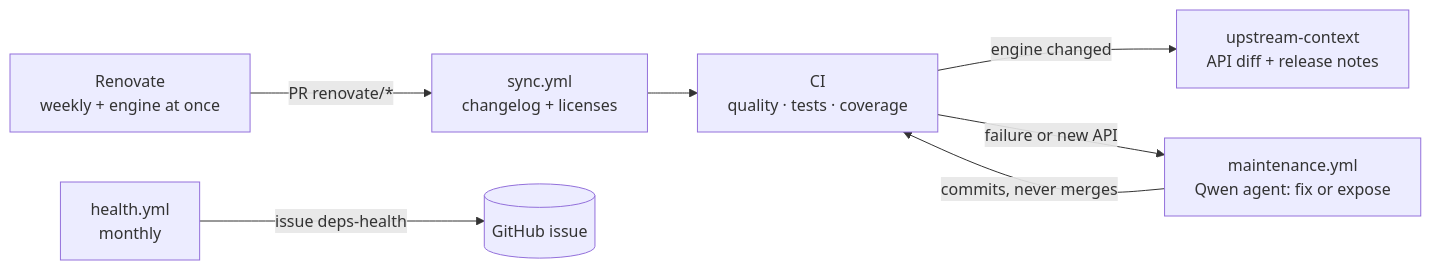
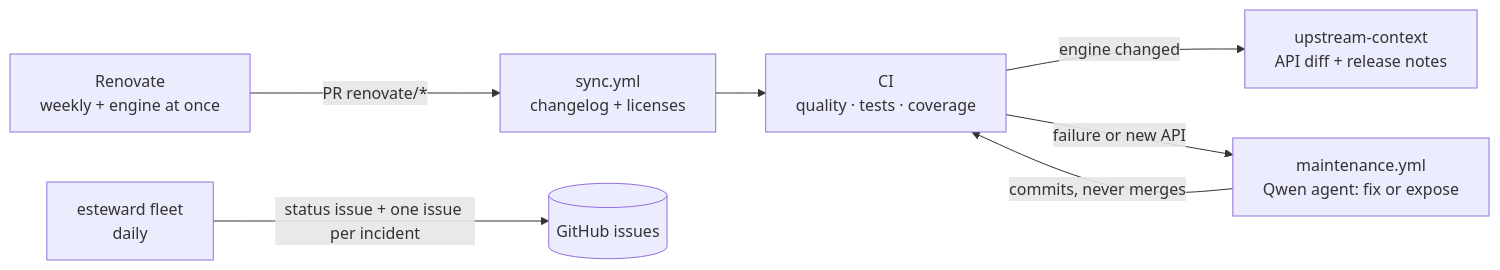
The diagram in docs/maintenance.md (edamlabs/etrafilatura), drawn with Mermaid before and after one commit. The commit also changed other lines of this file and 10 other files, not shown here.

First line of the commit message:
ci: routine updates merge themselves; dependency health moves to esteward (#17)

````diff
--- a/docs/maintenance.md
+++ b/docs/maintenance.md
@@ -6,9 +7,9 @@
 ```mermaid
 flowchart LR
     R[Renovate\nweekly + engine at once] -->|PR renovate/*| S[sync.yml\nchangelog + licenses]
     S --> C[CI\nquality · tests · coverage]
     C -->|engine changed| U[upstream-context\nAPI diff + release notes]
     C -->|failure or new API| M[maintenance.yml\nQwen agent: fix or expose]
     M -->|commits, never merges| C
-    H[health.yml\nmonthly] -->|issue deps-health| I[(GitHub issue)]
+    E[esteward fleet\ndaily] -->|status issue + one issue per incident| I[(GitHub issues)]
 ```
````
